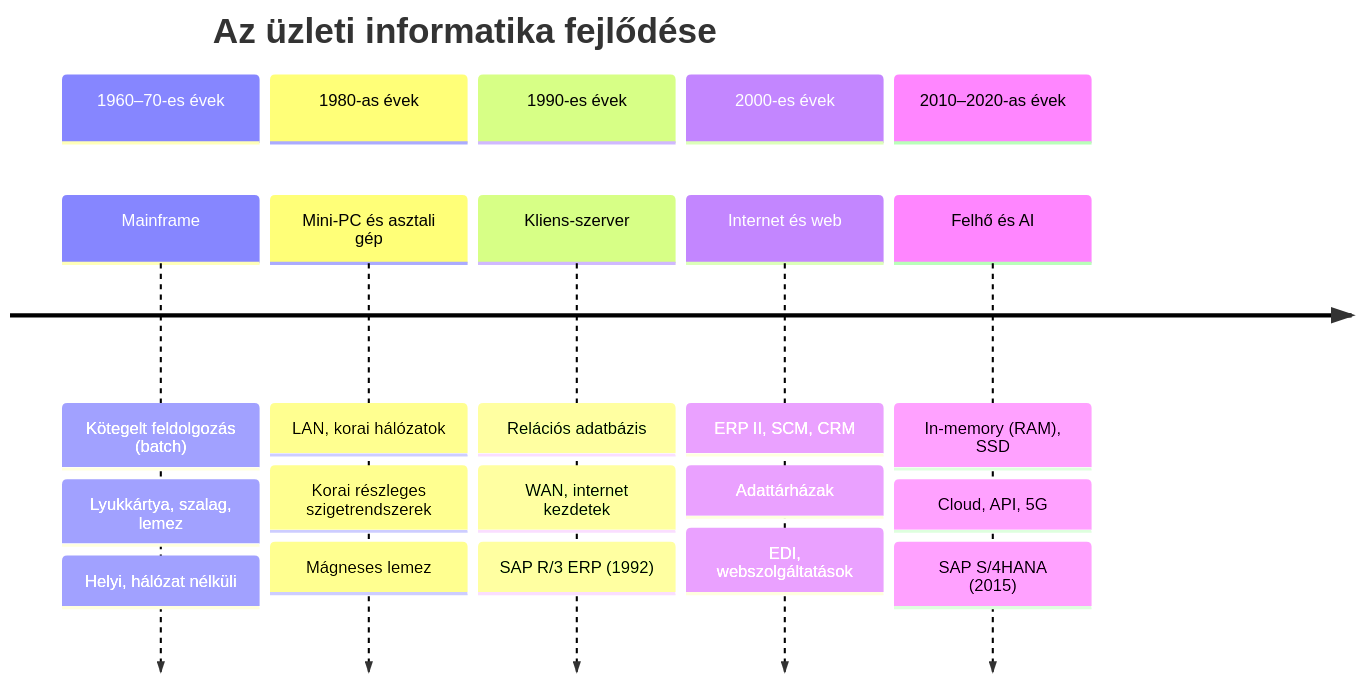
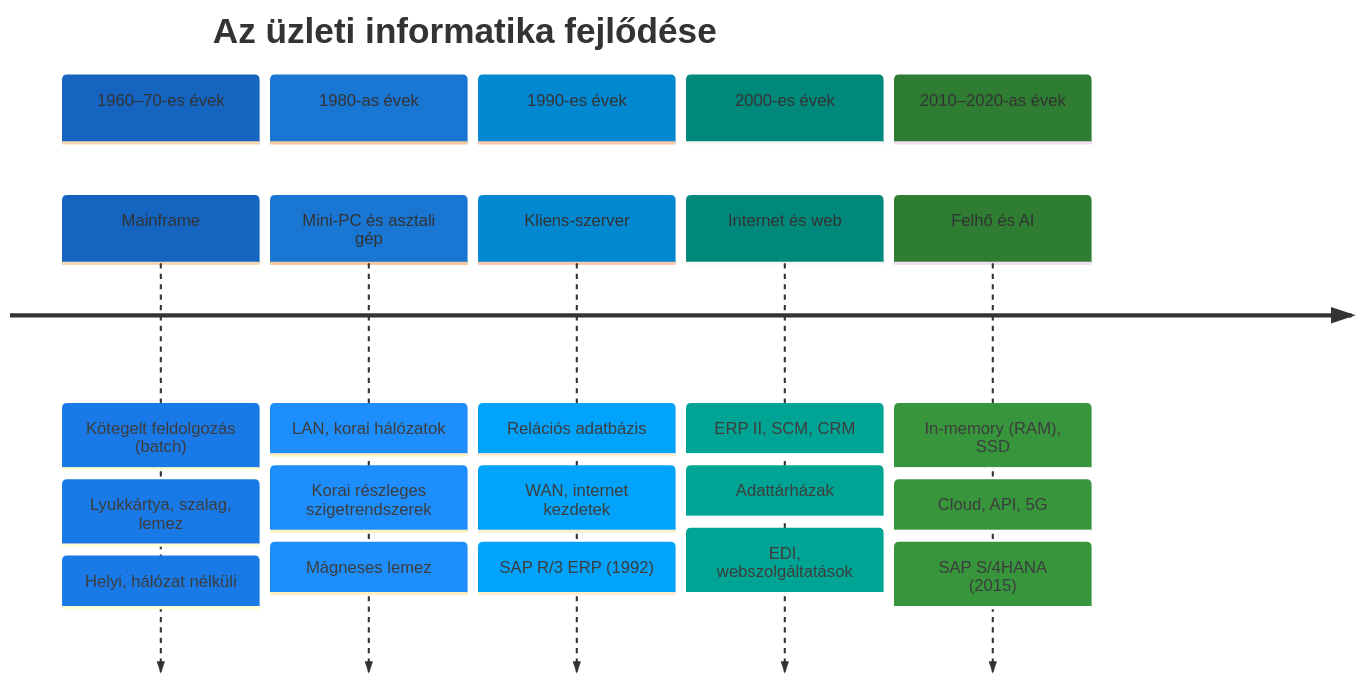
Before and after one commit to denespocsik/MM_BSC_Zarovizsga: the first of 2 diagrams in Tételek/V11-GMXIV2MBLF-Informatikai fejlődés és szigetrendszerek.tétel.md, drawn with Mermaid. The commit also changed other lines of this file and 4 other files, not shown here.

First line of the commit message:
docs(záróvizsga): modernize Mermaid diagrams in V11–V15, enrich GMXIV2MBLF content

````diff
--- a/Tételek/V11-GMXIV2MBLF-Informatikai fejlődés és szigetrendszerek.tétel.md
+++ b/Tételek/V11-GMXIV2MBLF-Informatikai fejlődés és szigetrendszerek.tétel.md
@@ -11,24 +11,25 @@
 ```mermaid
+%%{init: {'theme': 'base', 'themeVariables': {'cScale0': '#1565C0', 'cScale1': '#1976D2', 'cScale2': '#0288D1', 'cScale3': '#00897B', 'cScale4': '#2E7D32'}}}%%
 timeline
     title Az üzleti informatika fejlődése
     section 1960–70-es évek
         Mainframe : Kötegelt feldolgozás (batch)
                   : Lyukkártya, szalag, lemez
                   : Helyi, hálózat nélküli
     section 1980-as évek
         Mini-PC és asztali gép : LAN, korai hálózatok
                                : Korai részleges szigetrendszerek
                                : Mágneses lemez
     section 1990-es évek
         Kliens-szerver : Relációs adatbázis
                       : WAN, internet kezdetek
                       : SAP R/3 ERP (1992)
     section 2000-es évek
         Internet és web : ERP II, SCM, CRM
                         : Adattárházak
                         : EDI, webszolgáltatások
     section 2010–2020-as évek
         Felhő és AI : In-memory (RAM), SSD
                     : Cloud, API, 5G
                     : SAP S/4HANA (2015)
 ```
````
